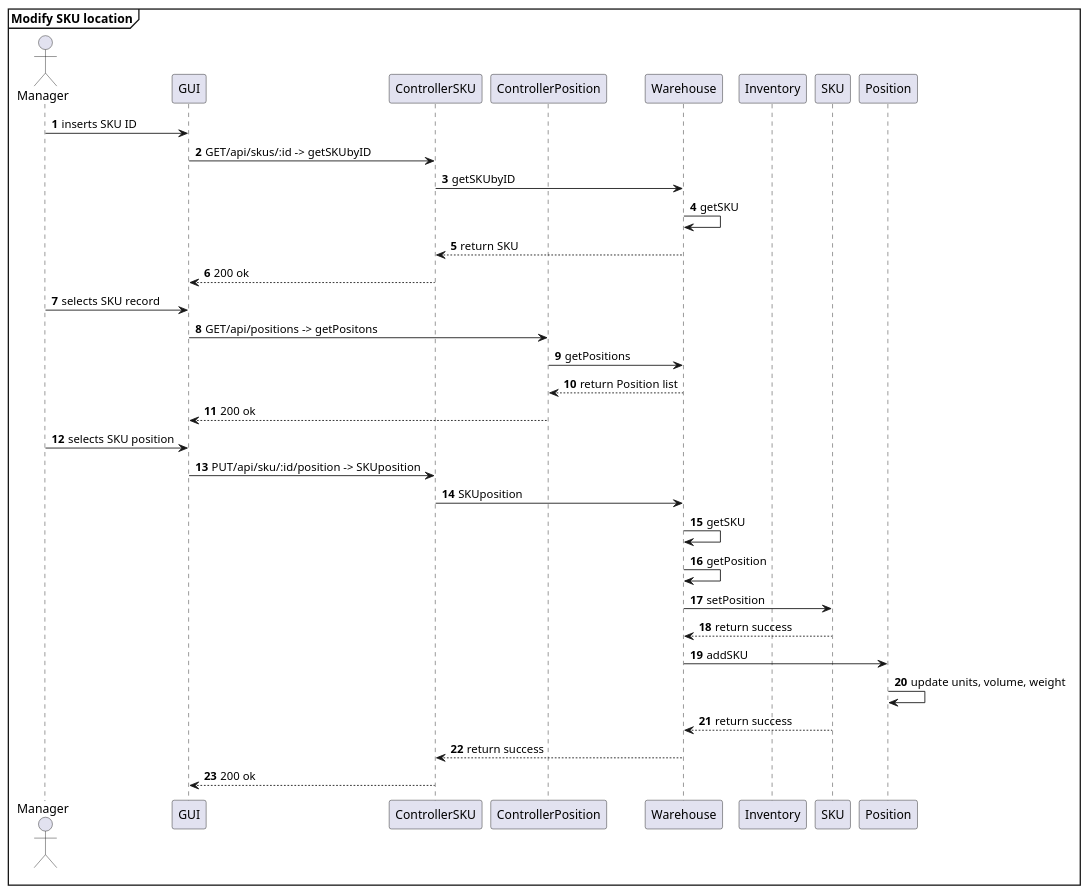
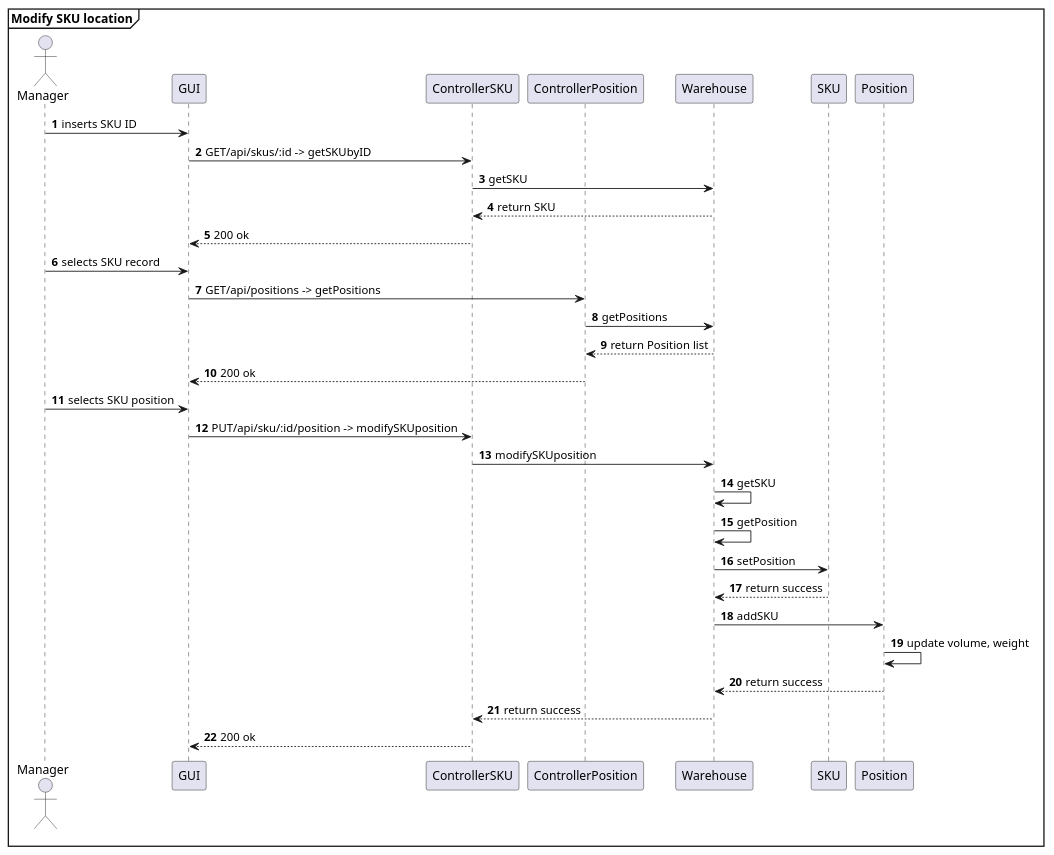
The fourth of 30 diagrams in DesignDocument.md (AlexZampa/EzWh), drawn with PlantUML before and after one commit. The commit also changed other lines of this file, not shown here.

````diff
--- a/DesignDocument.md
+++ b/DesignDocument.md
@@ -592,39 +450,37 @@
 ```plantuml
 mainframe **Modify SKU location**
 actor Manager
 participant GUI
 participant ControllerSKU
 participant ControllerPosition
 participant Warehouse
-participant Inventory
 participant SKU
 
 autonumber
 Manager -> GUI : inserts SKU ID
 GUI -> ControllerSKU :  GET/api/skus/:id -> getSKUbyID
-ControllerSKU -> Warehouse : getSKUbyID
-Warehouse -> Warehouse : getSKU
+ControllerSKU -> Warehouse : getSKU
 ControllerSKU <-- Warehouse : return SKU
 GUI <-- ControllerSKU : 200 ok
 
 Manager -> GUI : selects SKU record
-GUI -> ControllerPosition : GET/api/positions -> getPositons
+GUI -> ControllerPosition : GET/api/positions -> getPositions
 ControllerPosition -> Warehouse : getPositions
 ControllerPosition <-- Warehouse : return Position list
 GUI <-- ControllerPosition : 200 ok
 
 Manager -> GUI : selects SKU position
-GUI -> ControllerSKU : PUT/api/sku/:id/position -> SKUposition
-ControllerSKU -> Warehouse : SKUposition
+GUI -> ControllerSKU : PUT/api/sku/:id/position -> modifySKUposition
+ControllerSKU -> Warehouse : modifySKUposition
 Warehouse -> Warehouse : getSKU
 Warehouse -> Warehouse : getPosition
 Warehouse -> SKU : setPosition
 Warehouse <-- SKU : return success
 Warehouse -> Position : addSKU
-Position -> Position : update units, volume, weight
-Warehouse <-- SKU : return success
+Position -> Position : update volume, weight
+Warehouse <-- Position : return success
 ControllerSKU <-- Warehouse : return success
 GUI <-- ControllerSKU : 200 ok
 
 @enduml
 ```
````
